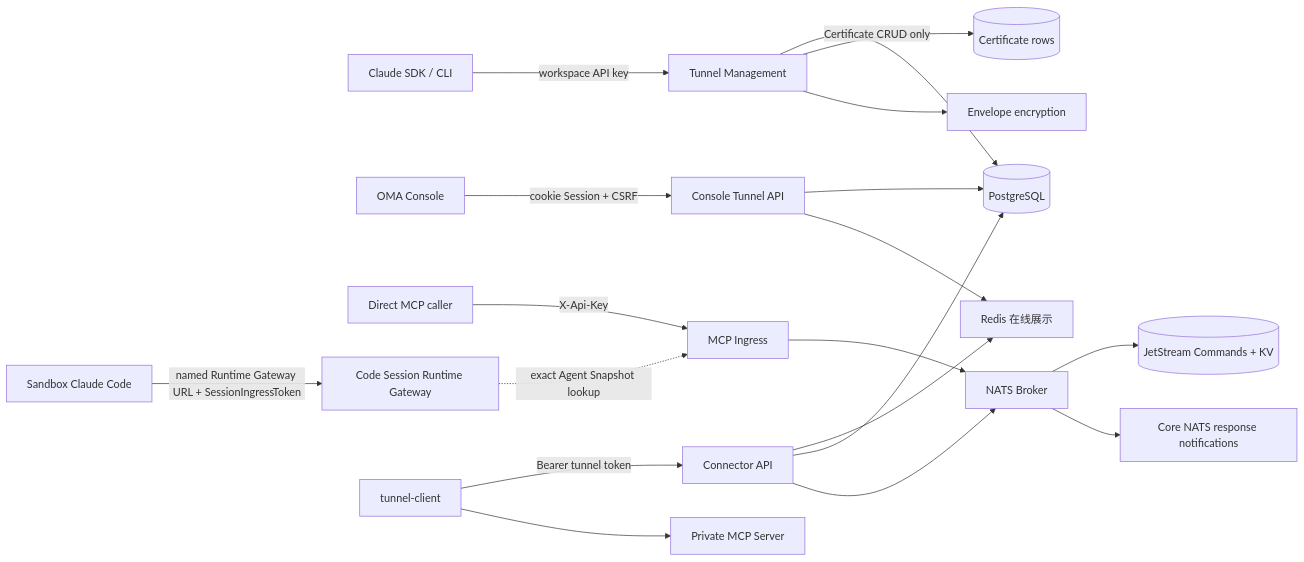
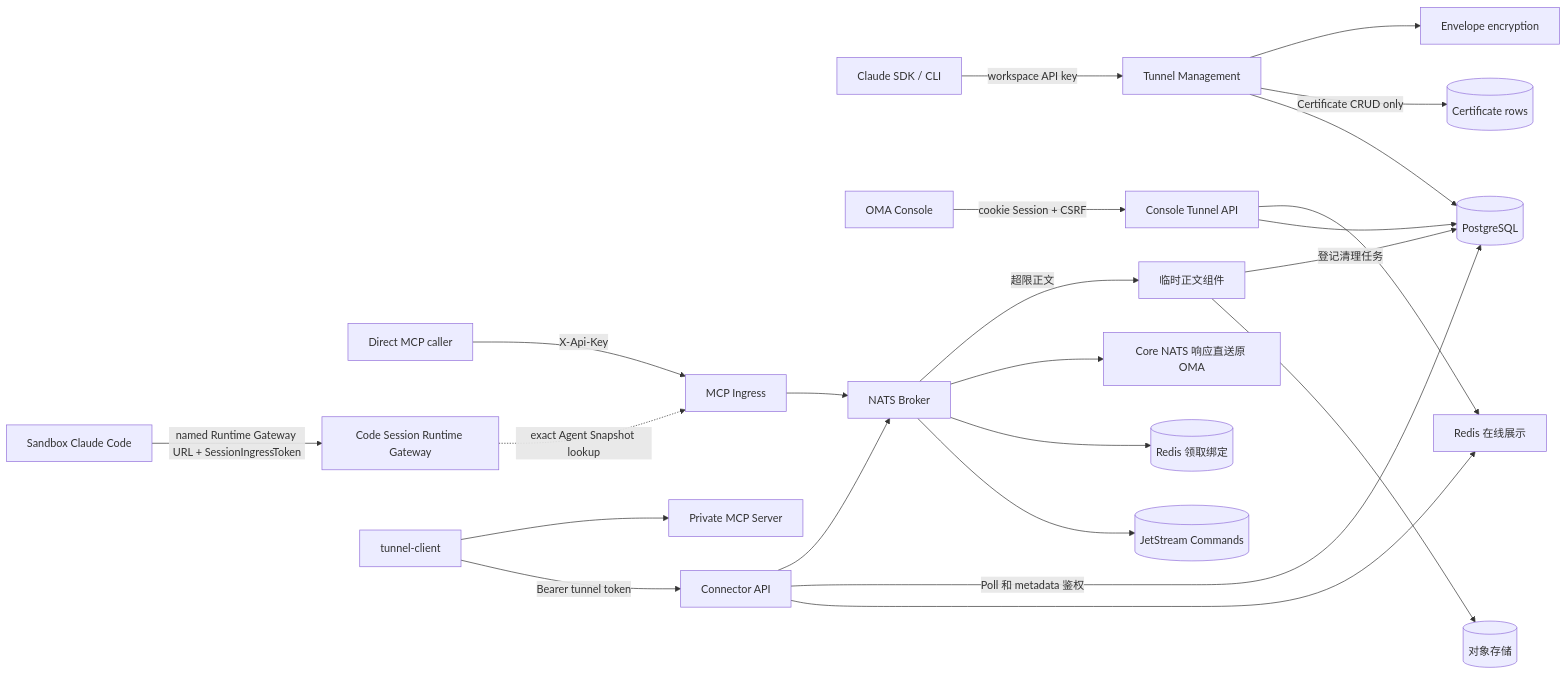
One commit to superduck-ai/open-managed-agents changed the first of 5 diagrams in docs/design/be/mcp-tunnels.md. Above: the diagram before and after it, drawn with Mermaid. The commit also changed 2 other files, not shown here.

Commit message:
[docs] align MCP tunnel architecture with Redis request bindings

````diff
--- a/docs/design/be/mcp-tunnels.md
+++ b/docs/design/be/mcp-tunnels.md
@@ -44,21 +44,25 @@
 ```mermaid
 flowchart LR
     SDK[Claude SDK / CLI] -->|workspace API key| Management[Tunnel Management]
     Web[OMA Console] -->|cookie Session + CSRF| ConsoleAPI[Console Tunnel API]
     Caller[Direct MCP caller] -->|X-Api-Key| Ingress[MCP Ingress]
     Agent[Sandbox Claude Code] -->|named Runtime Gateway URL + SessionIngressToken| RuntimeGateway[Code Session Runtime Gateway]
     RuntimeGateway -. exact Agent Snapshot lookup .-> Ingress
     Management --> DB[(PostgreSQL)]
     Management -->|Certificate CRUD only| CertificateStore[(Certificate rows)]
     ConsoleAPI --> DB
     ConsoleAPI --> Presence[Redis 在线展示]
     ConnectorAPI --> Presence
-    ConnectorAPI --> DB
+    ConnectorAPI -->|Poll 和 metadata 鉴权| DB
     Management --> Secrets[Envelope encryption]
     Ingress --> Broker[NATS Broker]
     Connector[tunnel-client] -->|Bearer tunnel token| ConnectorAPI[Connector API]
     ConnectorAPI --> Broker
-    Broker --> JetStream[(JetStream Commands + KV)]
-    Broker --> Core[Core NATS response notifications]
+    Broker --> JetStream[(JetStream Commands)]
+    Broker --> Bindings[(Redis 领取绑定)]
+    Broker --> Core[Core NATS 响应直送原 OMA]
+    Broker -->|超限正文| PayloadStore[临时正文组件]
+    PayloadStore --> Objects[(对象存储)]
+    PayloadStore -->|登记清理任务| DB
     Connector --> PrivateMCP[Private MCP Server]
 ```
````
